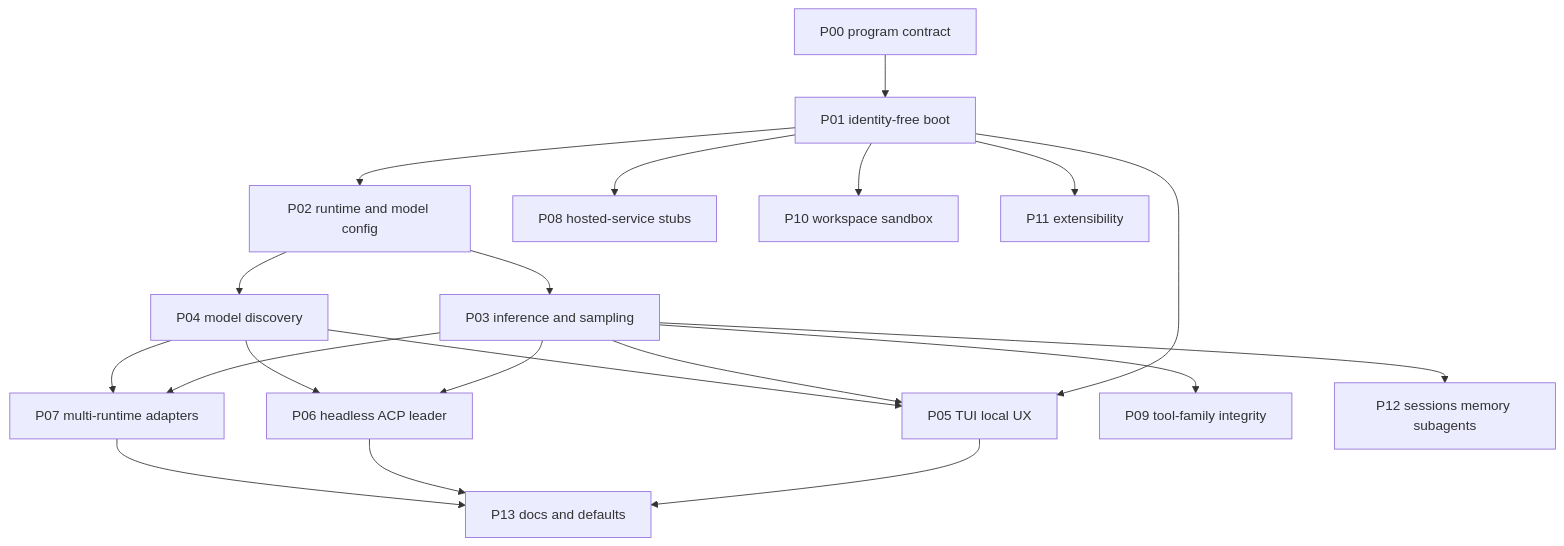
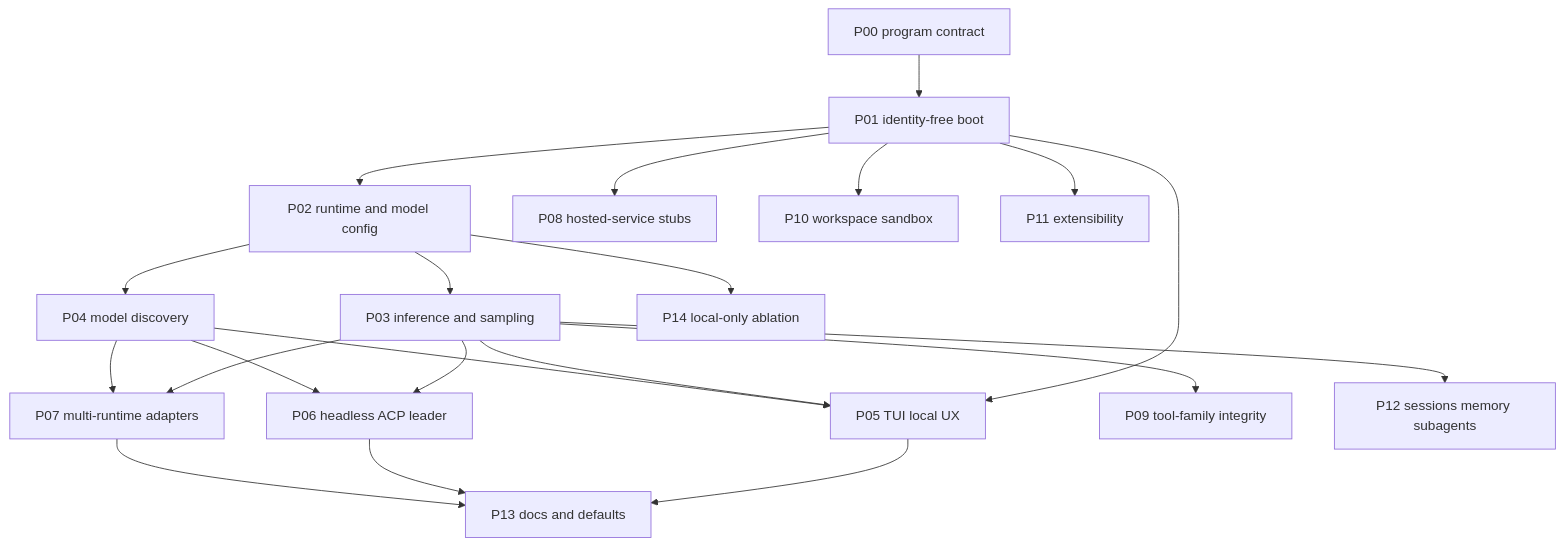
Before and after one commit to christopherwolf1/grok-build-local: the first of 5 diagrams in phases/dag.md, drawn with Mermaid. The commit also changed other lines of this file and 14 other files, not shown here.

````diff
--- a/phases/dag.md
+++ b/phases/dag.md
@@ -13,37 +13,39 @@
 ```mermaid
 flowchart TD
   P00[P00 program contract]
   P01[P01 identity-free boot]
   P02[P02 runtime and model config]
   P03[P03 inference and sampling]
   P04[P04 model discovery]
   P05[P05 TUI local UX]
   P06[P06 headless ACP leader]
   P07[P07 multi-runtime adapters]
   P08[P08 hosted-service stubs]
   P09[P09 tool-family integrity]
   P10[P10 workspace sandbox]
   P11[P11 extensibility]
   P12[P12 sessions memory subagents]
   P13[P13 docs and defaults]
+  P14[P14 local-only ablation]
 
   P00 --> P01
   P01 --> P02
   P01 --> P05
   P01 --> P08
   P01 --> P10
   P01 --> P11
   P02 --> P03
   P02 --> P04
+  P02 --> P14
   P03 --> P05
   P04 --> P05
   P03 --> P06
   P04 --> P06
   P03 --> P07
   P04 --> P07
   P03 --> P09
   P03 --> P12
   P05 --> P13
   P06 --> P13
   P07 --> P13
 ```
````
